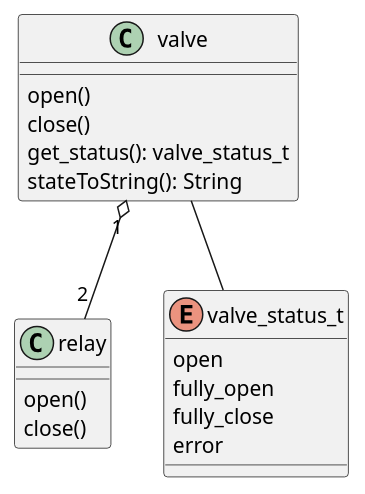
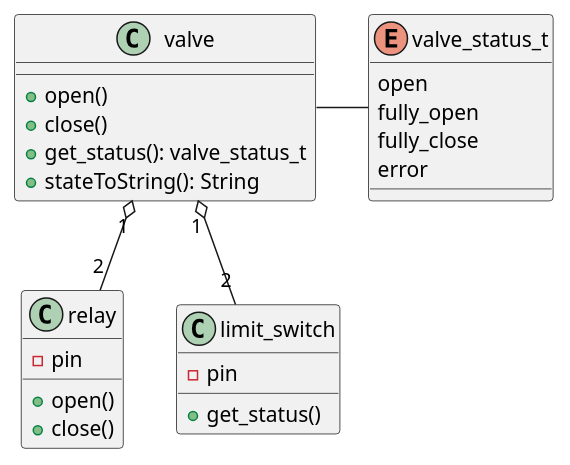
Before and after one commit to marwky/ArduinoCloudValveCtrl: the diagram in docs/class_diagram.puml, drawn with PlantUML. The commit also changed 19 other files, not shown here.

```diff
--- a/docs/class_diagram.puml
+++ b/docs/class_diagram.puml
@@ -1,27 +1,34 @@
 @startuml Class Diagram
 
 class relay {
-    open()
-    close()
+    - pin
+    + open()
+    + close()
+}
+
+class limit_switch {
+    - pin
+    + get_status()
 }
 
 enum valve_status_t
 {
     open
     fully_open
     fully_close
     error                
 }
 
 class valve {
-    open()
-    close()
-    get_status(): valve_status_t
-    stateToString(): String
+    + open()
+    + close()
+    + get_status(): valve_status_t
+    + stateToString(): String
 }
 
 valve "1" o-- "2" relay
-valve -- valve_status_t
+valve "1" o-- "2" limit_switch
+valve -r- valve_status_t
 
 
 @enduml
```
